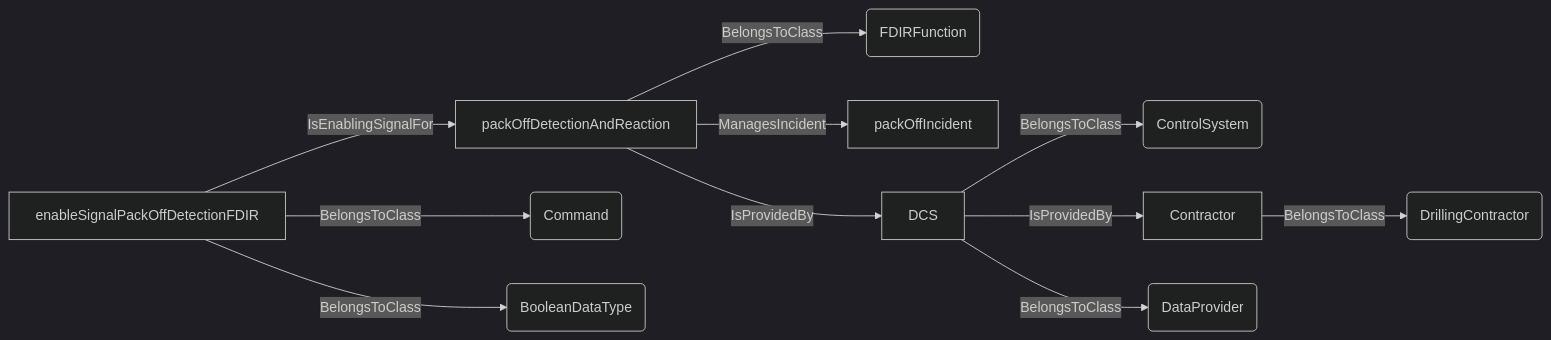
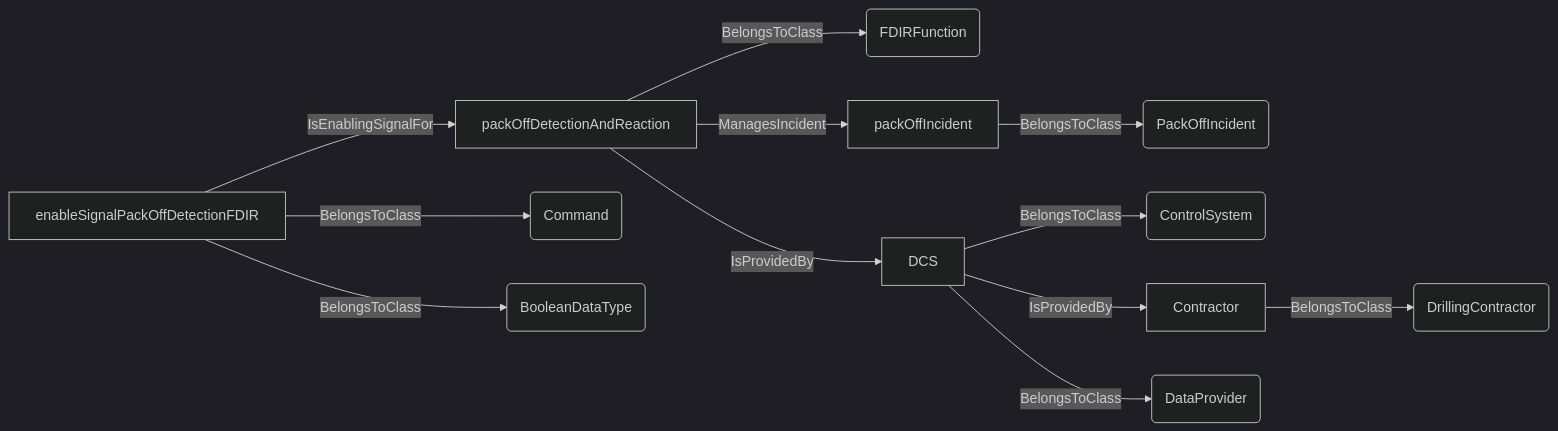
One commit to D-WIS/DDHub-Semantic-Interoperability changed diagram 11 of 20 in docs/vocabulary_development/auto-generated/md/definition-files/ADCS.md. Above: the diagram before and after it, drawn with Mermaid (dark theme). The commit also changed other lines of this file and 14 other files, not shown here.

````diff
--- a/docs/vocabulary_development/auto-generated/md/definition-files/ADCS.md
+++ b/docs/vocabulary_development/auto-generated/md/definition-files/ADCS.md
@@ -428,13 +439,14 @@
 ```mermaid
 graph LR
 	N0000[packOffDetectionAndReaction] -->|BelongsToClass| N0001(FDIRFunction) 
+	N0002[packOffIncident] -->|BelongsToClass| N0003(PackOffIncident) 
 	N0000[packOffDetectionAndReaction] -->|ManagesIncident| N0002[packOffIncident] 
-	N0003[DCS] -->|BelongsToClass| N0004(ControlSystem) 
-	N0005[Contractor] -->|BelongsToClass| N0006(DrillingContractor) 
-	N0003[DCS] -->|IsProvidedBy| N0005[Contractor] 
-	N0003[DCS] -->|BelongsToClass| N0007(DataProvider) 
-	N0000[packOffDetectionAndReaction] -->|IsProvidedBy| N0003[DCS] 
-	N0008[enableSignalPackOffDetectionFDIR] -->|BelongsToClass| N0009(Command) 
-	N0008[enableSignalPackOffDetectionFDIR] -->|BelongsToClass| N0010(BooleanDataType) 
-	N0008[enableSignalPackOffDetectionFDIR] -->|IsEnablingSignalFor| N0000[packOffDetectionAndReaction] 
+	N0004[DCS] -->|BelongsToClass| N0005(ControlSystem) 
+	N0006[Contractor] -->|BelongsToClass| N0007(DrillingContractor) 
+	N0004[DCS] -->|IsProvidedBy| N0006[Contractor] 
+	N0004[DCS] -->|BelongsToClass| N0008(DataProvider) 
+	N0000[packOffDetectionAndReaction] -->|IsProvidedBy| N0004[DCS] 
+	N0009[enableSignalPackOffDetectionFDIR] -->|BelongsToClass| N0010(Command) 
+	N0009[enableSignalPackOffDetectionFDIR] -->|BelongsToClass| N0011(BooleanDataType) 
+	N0009[enableSignalPackOffDetectionFDIR] -->|IsEnablingSignalFor| N0000[packOffDetectionAndReaction] 
 ```
````
